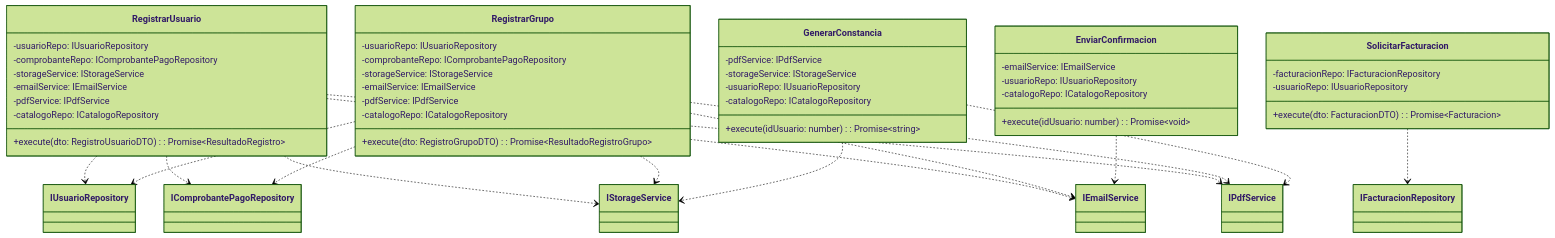
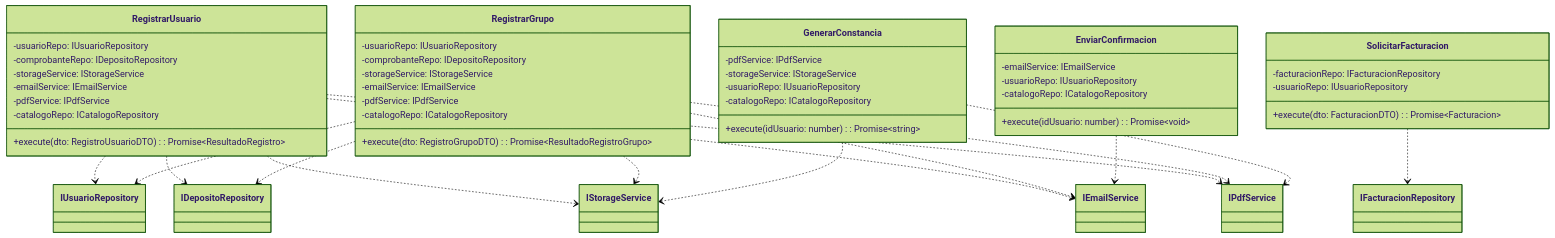
Before and after one commit to iKinoo/aniei-registro-2026: the fourth of 14 diagrams in docs/DESIGN.md, drawn with Mermaid (forest theme). The commit also changed other lines of this file, not shown here.

````diff
--- a/docs/DESIGN.md
+++ b/docs/DESIGN.md
@@ -585,60 +585,60 @@
 ```mermaid
 classDiagram
     class RegistrarUsuario {
         -usuarioRepo: IUsuarioRepository
-        -comprobanteRepo: IComprobantePagoRepository
+        -comprobanteRepo: IDepositoRepository
         -storageService: IStorageService
         -emailService: IEmailService
         -pdfService: IPdfService
         -catalogoRepo: ICatalogoRepository
         +execute(dto: RegistroUsuarioDTO): Promise~ResultadoRegistro~
     }
 
     class RegistrarGrupo {
         -usuarioRepo: IUsuarioRepository
-        -comprobanteRepo: IComprobantePagoRepository
+        -comprobanteRepo: IDepositoRepository
         -storageService: IStorageService
         -emailService: IEmailService
         -pdfService: IPdfService
         -catalogoRepo: ICatalogoRepository
         +execute(dto: RegistroGrupoDTO): Promise~ResultadoRegistroGrupo~
     }
 
     class GenerarConstancia {
         -pdfService: IPdfService
         -storageService: IStorageService
         -usuarioRepo: IUsuarioRepository
         -catalogoRepo: ICatalogoRepository
         +execute(idUsuario: number): Promise~string~
     }
 
     class EnviarConfirmacion {
         -emailService: IEmailService
         -usuarioRepo: IUsuarioRepository
         -catalogoRepo: ICatalogoRepository
         +execute(idUsuario: number): Promise~void~
     }
 
     class SolicitarFacturacion {
         -facturacionRepo: IFacturacionRepository
         -usuarioRepo: IUsuarioRepository
         +execute(dto: FacturacionDTO): Promise~Facturacion~
     }
 
     RegistrarUsuario ..> IUsuarioRepository
-    RegistrarUsuario ..> IComprobantePagoRepository
+    RegistrarUsuario ..> IDepositoRepository
     RegistrarUsuario ..> IStorageService
     RegistrarUsuario ..> IEmailService
     RegistrarUsuario ..> IPdfService
 
     RegistrarGrupo ..> IUsuarioRepository
-    RegistrarGrupo ..> IComprobantePagoRepository
+    RegistrarGrupo ..> IDepositoRepository
     RegistrarGrupo ..> IStorageService
     RegistrarGrupo ..> IEmailService
     RegistrarGrupo ..> IPdfService
 
     GenerarConstancia ..> IPdfService
     GenerarConstancia ..> IStorageService
     EnviarConfirmacion ..> IEmailService
     SolicitarFacturacion ..> IFacturacionRepository
 ```
````
